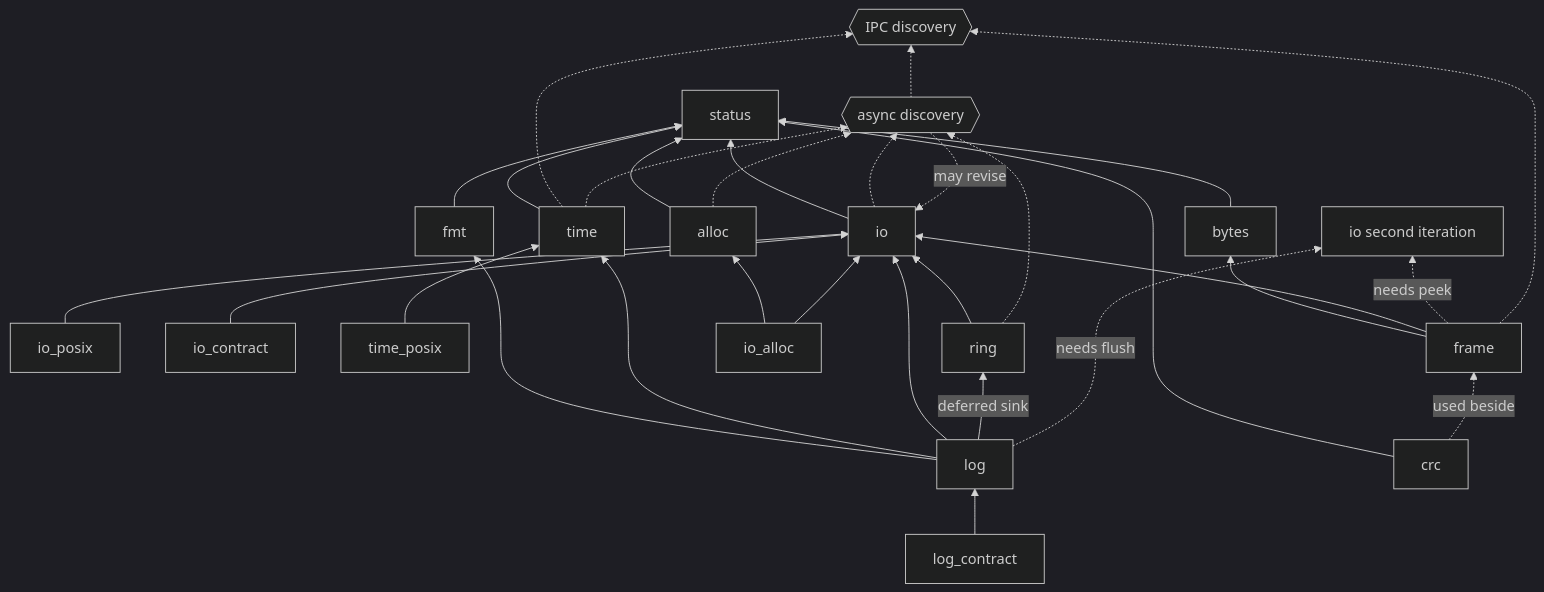
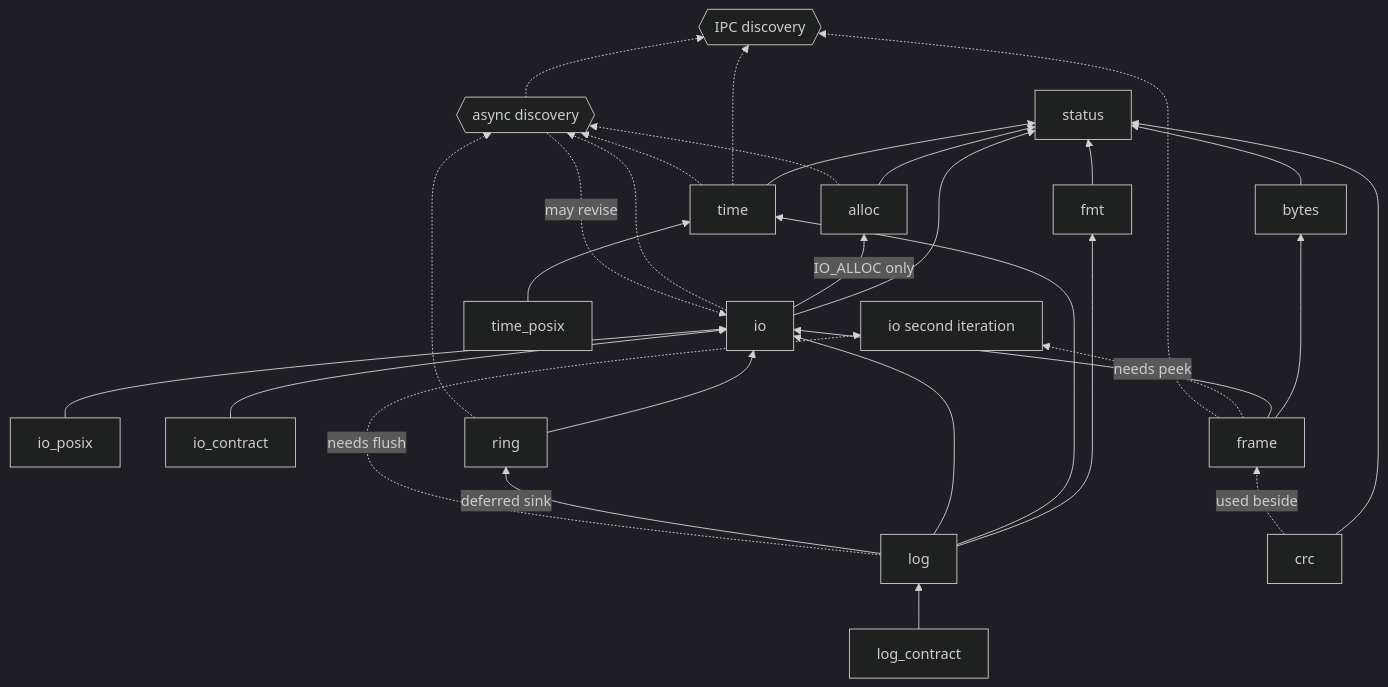
One commit to Zshoham/elemental changed the diagram in docs/module-plan.md. Above: the diagram before and after it, drawn with Mermaid (dark theme). The commit also changed other lines of this file and 31 other files, not shown here.

````diff
--- a/docs/module-plan.md
+++ b/docs/module-plan.md
@@ -223,33 +224,32 @@
 ```mermaid
 graph BT
   io --> status
+  io -->|IO_ALLOC only| alloc
   io_posix --> io
   io_contract --> io
   fmt --> status
   time --> status
   time_posix --> time
   ring --> io
   log --> fmt
   log --> time
   log --> io
   log -->|deferred sink| ring
   log_contract --> log
   frame --> bytes
   frame --> io
   alloc --> status
-  io_alloc --> alloc
-  io_alloc --> io
   bytes --> status
   crc --> status
   crc -.->|used beside| frame
   log -.->|needs flush| io2[io second iteration]
   frame -.->|needs peek| io2
   frame -.-> ipc{{IPC discovery}}
   time -.-> ipc
   io -.-> async{{async discovery}}
   ring -.-> async
   time -.-> async
   alloc -.-> async
   async -.->|may revise| io
   async -.-> ipc
 ```
````
